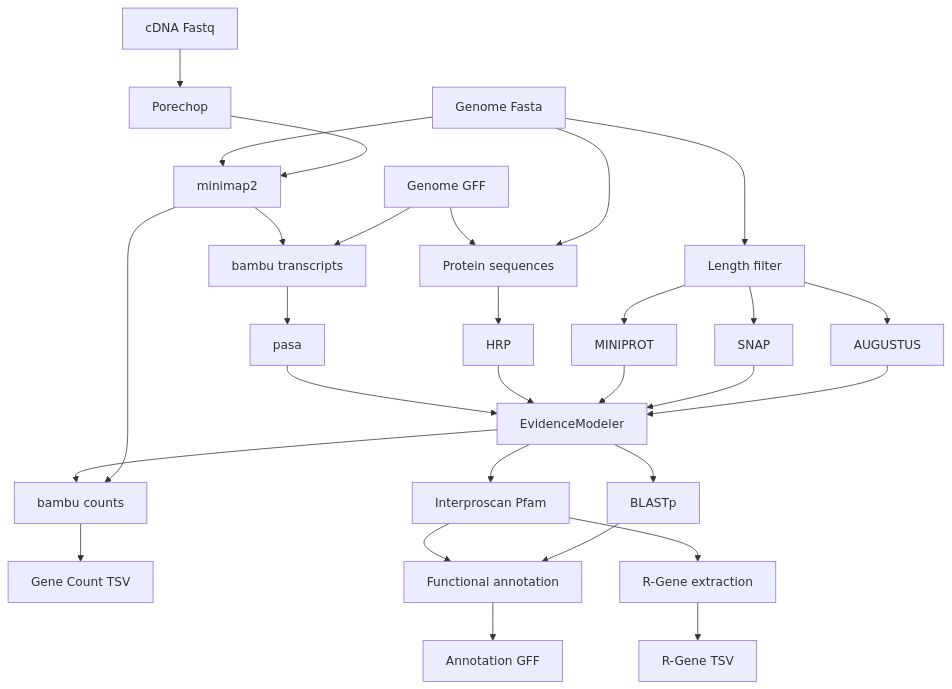
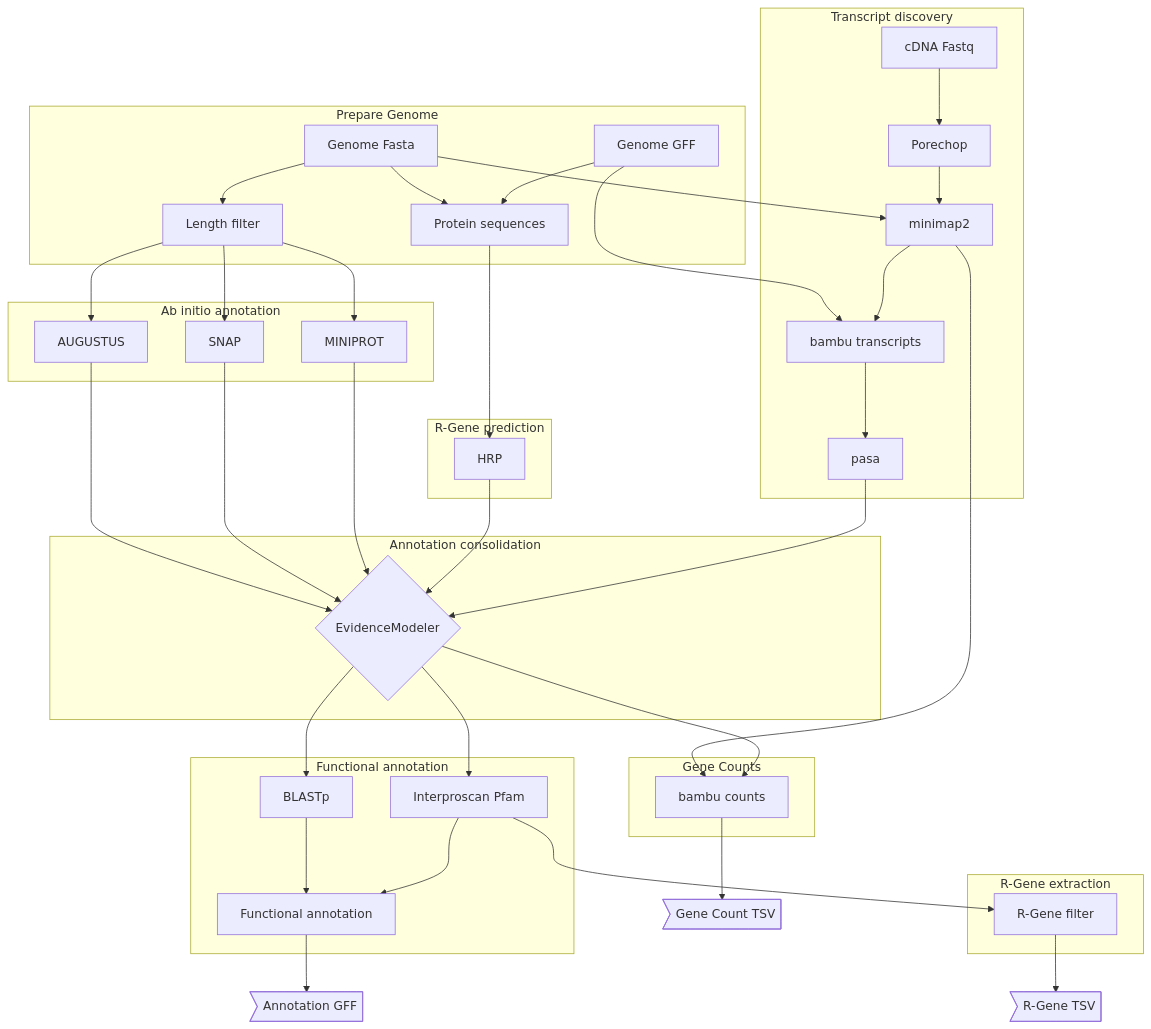
One commit to nschan/nf-annotate changed the first of 2 diagrams in README.md. Above: the diagram before and after it, drawn with Mermaid.

Commit message:
update graph

````diff
--- a/README.md
+++ b/README.md
@@ -88,31 +88,47 @@
 ```mermaid
 graph TD;
+    subgraph Prepare Genome
     gfasta[Genome Fasta] --> lfilt[Length filter];
+    gfasta --> pseqs[Protein sequences];
+    ggff[Genome GFF] --> pseqs;
+    end
+    subgraph Ab initio annotation
     lfilt --> AUGUSTUS;
     lfilt --> SNAP;
     lfilt --> MINIPROT;
-    gfasta --> pseqs[Protein sequences];
-    ggff[Genome GFF] --> pseqs;
+    end
+    subgraph R-Gene prediction
     pseqs --> HRP
-    AUGUSTUS --> EvidenceModeler;
-    SNAP --> EvidenceModeler;
-    MINIPROT --> EvidenceModeler;
-    HRP --> EvidenceModeler;
+    end
+    subgraph Transcript discovery
     cDNA[cDNA Fastq] --> Porechop;
     Porechop --> minimap2;
     gfasta --> minimap2;
     ggff --> batrans[bambu transcripts]
     minimap2 --> batrans;
     batrans --> pasa;
+    end
+    subgraph Annotation consolidation
+    AUGUSTUS --> EvidenceModeler{EvidenceModeler};
+    SNAP --> EvidenceModeler;
+    MINIPROT --> EvidenceModeler;
+    HRP --> EvidenceModeler;
     pasa --> EvidenceModeler;
+    end
+    subgraph Gene Counts
     minimap2 --> bacounts[bambu counts];
     EvidenceModeler --> bacounts;
-    bacounts --> tsv_count[Gene Count TSV];
+    end
+    bacounts --> tsv_count>Gene Count TSV];
+    subgraph Functional annotation
     EvidenceModeler --> BLASTp;
     EvidenceModeler --> pfam[Interproscan Pfam];
     BLASTp --> func[Functional annotation];
     pfam --> func;
-    func --> gff_anno[Annotation GFF];
-    pfam --> rgene[R-Gene extraction];
-    rgene --> r_tsv[R-Gene TSV];
+    end
+    func --> gff_anno>Annotation GFF];
+    subgraph R-Gene extraction
+    pfam --> rgene[R-Gene filter];
+    end
+    rgene --> r_tsv>R-Gene TSV];
 ```
````
